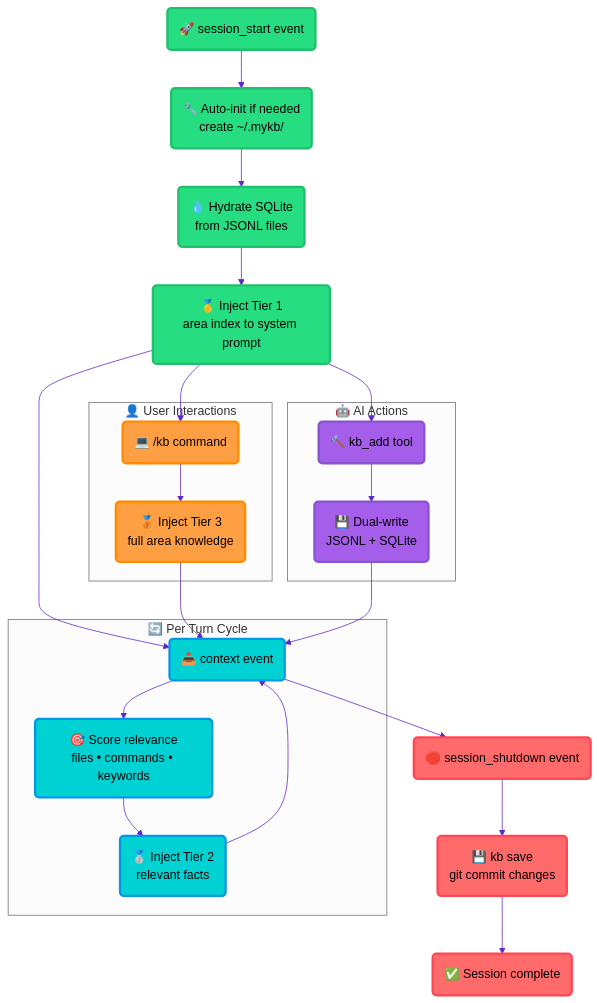
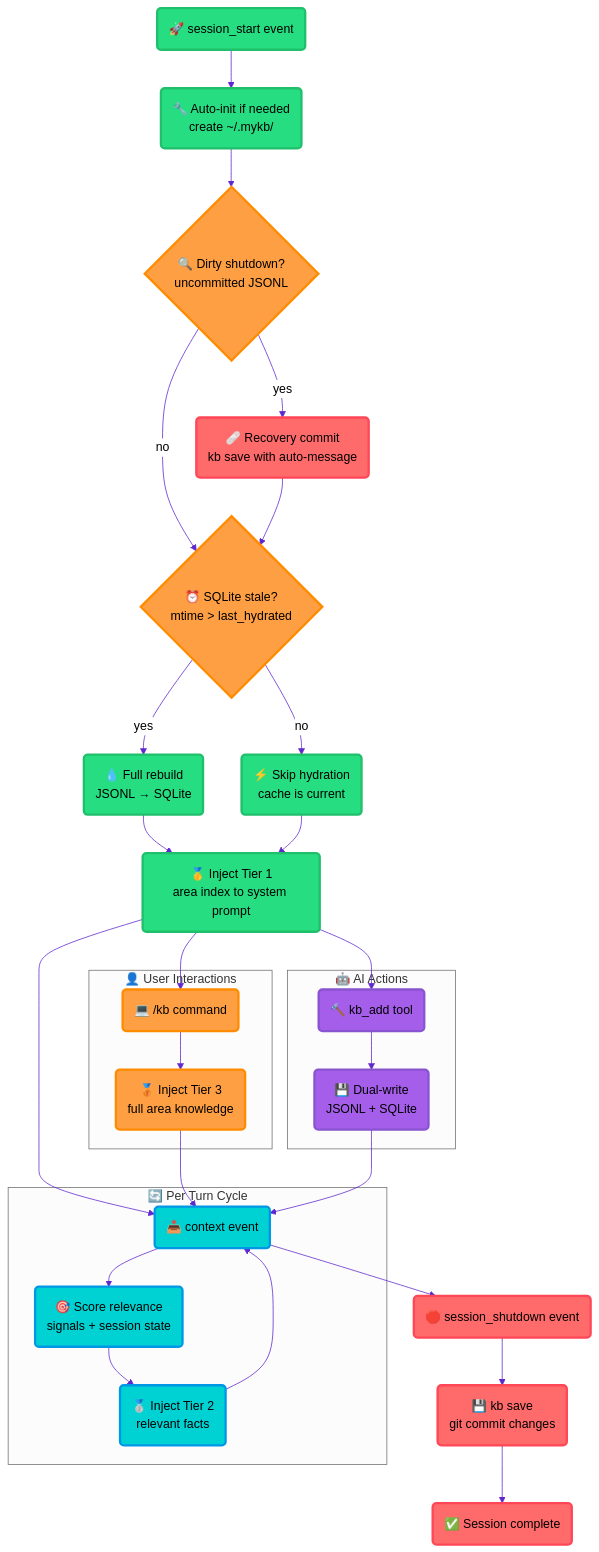
The eighth of 8 diagrams in docs/architecture-DIAGRAMS.md (vilosource/mykb), drawn with Mermaid before and after one commit. The commit also changed other lines of this file and 1 other file, not shown here.

Commit message:
docs: fix 4 gaps surfaced by architecture diagrams
- Write path: added auto-area creation branch (check exists → create)
- Session lifecycle: added stale detection (skip hydration if current)
  and dirty shutdown recovery (auto-commit on next session start)
- Component diagram: connected scorer → state for sticky area tracking
- Design doc: documented dirty shutdown recovery and accepted limitation

```diff
--- a/docs/architecture-DIAGRAMS.md
+++ b/docs/architecture-DIAGRAMS.md
@@ -507,12 +516,16 @@
 flowchart TB
     START("🚀 session_start event")
     AUTOINIT("🔧 Auto-init if needed<br/>create ~/.mykb/")
-    HYDRATE("💧 Hydrate SQLite<br/>from JSONL files")
+    DIRTYCHECK{"🔍 Dirty shutdown?<br/>uncommitted JSONL"}
+    RECOVERY("🩹 Recovery commit<br/>kb save with auto-message")
+    STALECHECK{"⏰ SQLite stale?<br/>mtime > last_hydrated"}
+    HYDRATE("💧 Full rebuild<br/>JSONL → SQLite")
+    SKIP("⚡ Skip hydration<br/>cache is current")
     TIER1("🥇 Inject Tier 1<br/>area index to system prompt")
 
     subgraph "🔄 Per Turn Cycle"
         CONTEXTEVENT("📥 context event")
-        SCORE("🎯 Score relevance<br/>files • commands • keywords")
+        SCORE("🎯 Score relevance<br/>signals + session state")
         TIER2("🥈 Inject Tier 2<br/>relevant facts")
     end
 
@@ -530,7 +543,16 @@
     SAVE("💾 kb save<br/>git commit changes")
     END("✅ Session complete")
 
-    START --> AUTOINIT --> HYDRATE --> TIER1
+    START --> AUTOINIT
+    AUTOINIT --> DIRTYCHECK
+    DIRTYCHECK -->|"yes"| RECOVERY
+    DIRTYCHECK -->|"no"| STALECHECK
+    RECOVERY --> STALECHECK
+    STALECHECK -->|"yes"| HYDRATE
+    STALECHECK -->|"no"| SKIP
+    HYDRATE --> TIER1
+    SKIP --> TIER1
+
     TIER1 --> CONTEXTEVENT
     CONTEXTEVENT --> SCORE --> TIER2
     TIER2 --> CONTEXTEVENT
@@ -554,7 +576,11 @@
     classDef ai fill:#a55eea,stroke:#8854d0,stroke-width:3px,color:#000
     classDef shutdown fill:#ff6b6b,stroke:#ff4757,stroke-width:3px,color:#000
 
-    class START,AUTOINIT,HYDRATE,TIER1 startup
+    classDef decision fill:#ff9f43,stroke:#ff8c00,stroke-width:3px,color:#000
+
+    class START,AUTOINIT,HYDRATE,SKIP,TIER1 startup
+    class DIRTYCHECK,STALECHECK decision
+    class RECOVERY shutdown
     class CONTEXTEVENT,SCORE,TIER2 cycle
     class KBCMD,TIER3 user
     class KBTOOL,DUALWRITE ai
```
